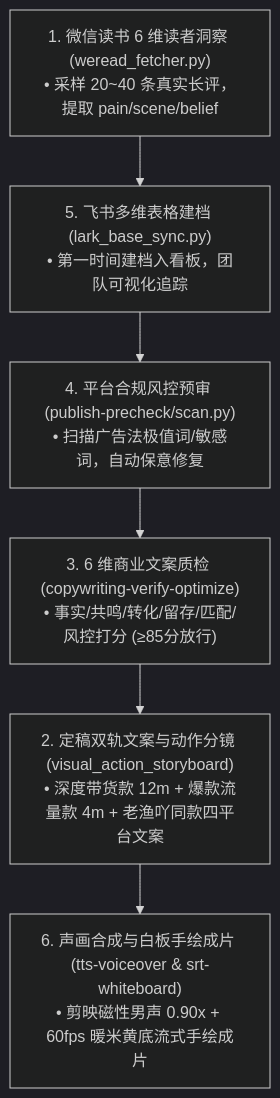
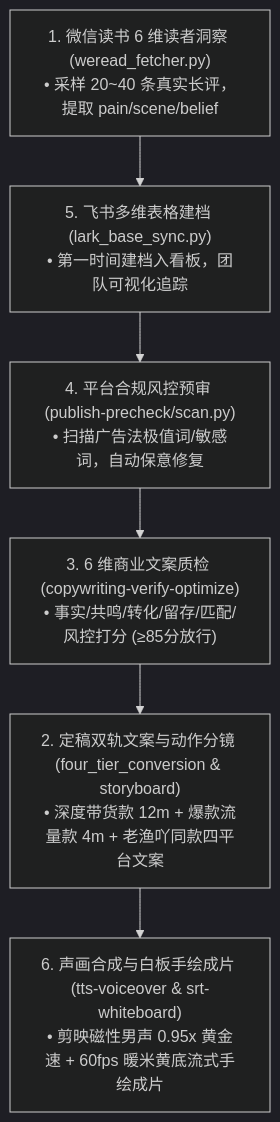
The diagram in README.md (wsuming97/tushu), drawn with Mermaid (dark theme) before and after one commit. The commit also changed other lines of this file and 1 other file, not shown here.

````diff
--- a/README.md
+++ b/README.md
@@ -25,8 +25,8 @@
 ```mermaid
 graph TD
     S1["1. 微信读书 6 维读者洞察 (weread_fetcher.py)<br/>• 采样 20~40 条真实长评，提取 pain/scene/belief"] --> S5["5. 飞书多维表格建档 (lark_base_sync.py)<br/>• 第一时间建档入看板，团队可视化追踪"]
     S5 --> S4["4. 平台合规风控预审 (publish-precheck/scan.py)<br/>• 扫描广告法极值词/敏感词，自动保意修复"]
     S4 --> S3["3. 6 维商业文案质检 (copywriting-verify-optimize)<br/>• 事实/共鸣/转化/留存/匹配/风控打分 (≥85分放行)"]
-    S3 --> S2["2. 定稿双轨文案与动作分镜 (visual_action_storyboard)<br/>• 深度带货款 12m + 爆款流量款 4m + 老渔吖同款四平台文案"]
-    S2 --> S6["6. 声画合成与白板手绘成片 (tts-voiceover & srt-whiteboard)<br/>• 剪映磁性男声 0.90x + 60fps 暖米黄底流式手绘成片"]
+    S3 --> S2["2. 定稿双轨文案与动作分镜 (four_tier_conversion & storyboard)<br/>• 深度带货款 12m + 爆款流量款 4m + 老渔吖同款四平台文案"]
+    S2 --> S6["6. 声画合成与白板手绘成片 (tts-voiceover & srt-whiteboard)<br/>• 剪映磁性男声 0.95x 黄金速 + 60fps 暖米黄底流式手绘成片"]
 ```
````
